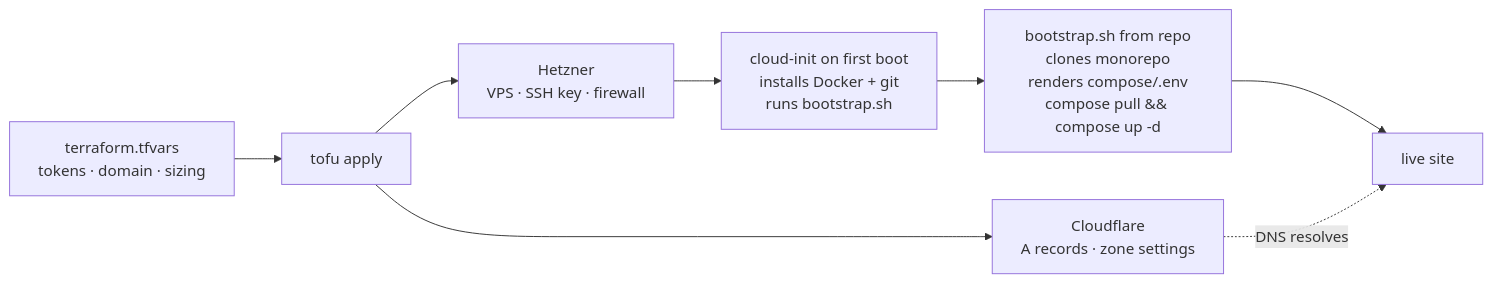
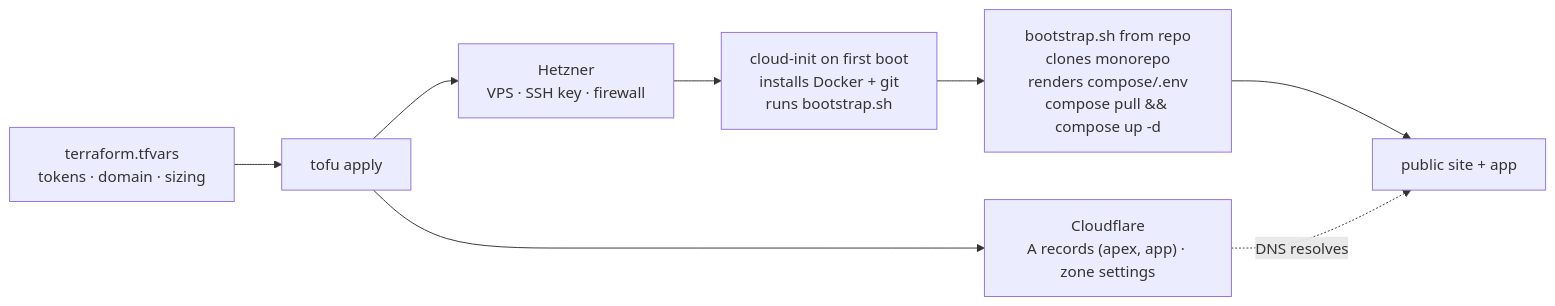
The diagram in apps/docs/src/content/docs/topics/provisioning-with-tofu.mdx (boringstack-xyz/boringstack), drawn with Mermaid before and after one commit. The commit also changed other lines of this file and 129 other files, not shown here.

````diff
--- a/apps/docs/src/content/docs/topics/provisioning-with-tofu.mdx
+++ b/apps/docs/src/content/docs/topics/provisioning-with-tofu.mdx
@@ -57,15 +58,15 @@
 ```mermaid
 flowchart LR
   tfvars["terraform.tfvars<br/>tokens · domain · sizing"]
   apply["tofu apply"]
   hetz["Hetzner<br/>VPS · SSH key · firewall"]
-  cf["Cloudflare<br/>A records · zone settings"]
+  cf["Cloudflare<br/>A records (apex, app) · zone settings"]
   init["cloud-init on first boot<br/>installs Docker + git<br/>runs bootstrap.sh"]
   script["bootstrap.sh from repo<br/>clones monorepo<br/>renders compose/.env<br/>compose pull && compose up -d"]
-  live["live site"]
+  live["public site + app"]
   tfvars --> apply
   apply --> hetz
   apply --> cf
   hetz --> init --> script --> live
   cf -.->|DNS resolves| live
 ```
````
